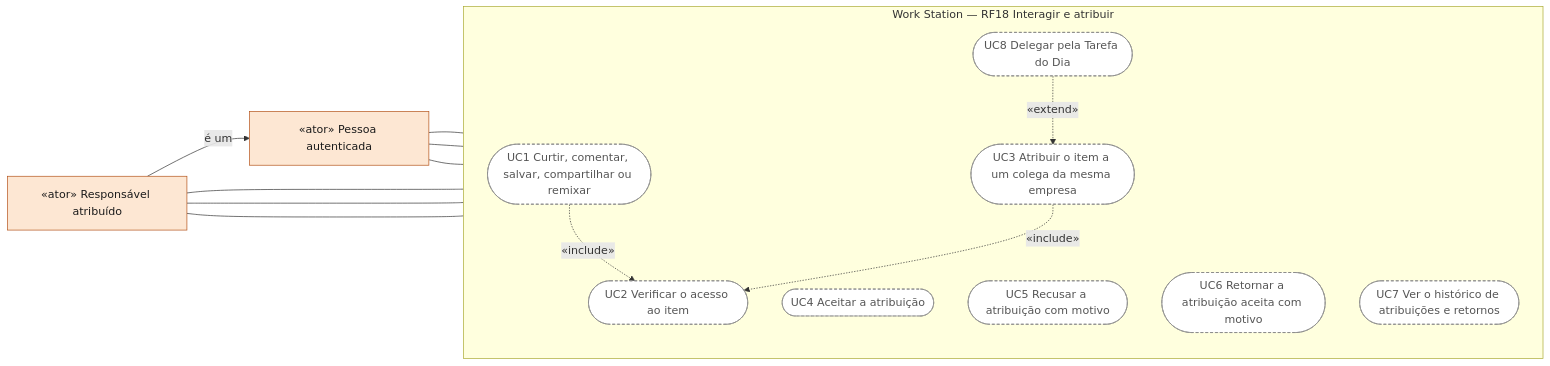
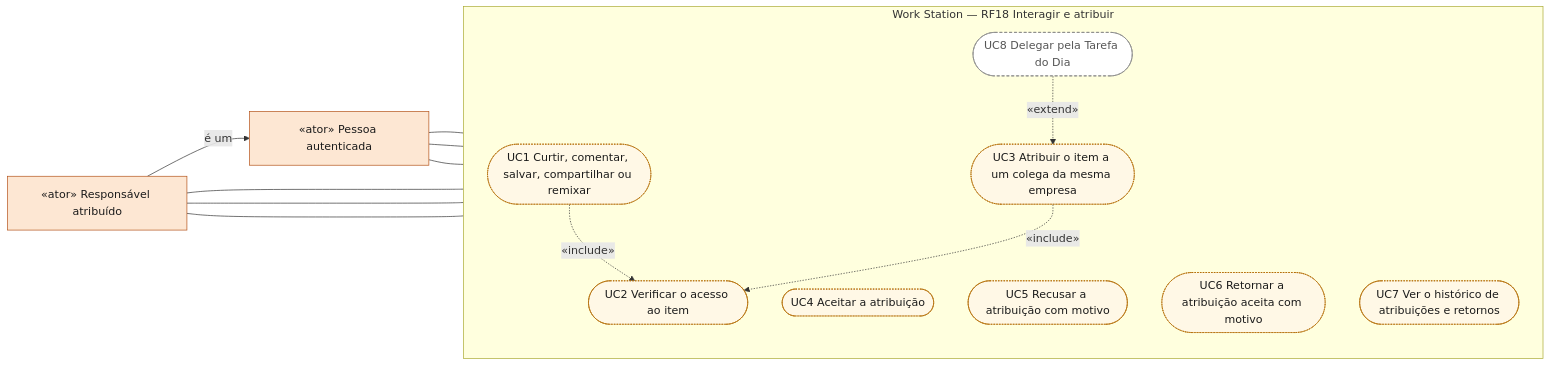
The first of 7 diagrams in docs/diagramas/RF18/README.md (MatheusHaliski/Decia-app-2026), drawn with Mermaid before and after one commit. The commit also changed 13 other files, not shown here.

First line of the commit message:
docs(diagramas): classe ucDemo para casos de uso que só funcionam com dados de demonstração

````diff
--- a/docs/diagramas/RF18/README.md
+++ b/docs/diagramas/RF18/README.md
@@ -24,30 +24,31 @@
 ```mermaid
 flowchart LR
   classDef ator fill:#fde7d3,stroke:#b4531a,color:#1b1b1b
   classDef atorSis fill:#f1ecf9,stroke:#6a4bb3,color:#1b1b1b
   classDef uc fill:#ffffff,stroke:#3557a6,color:#1b1b1b
   classDef ucPlan fill:#ffffff,stroke:#8a8a8a,stroke-dasharray:4 3,color:#555555
+  classDef ucDemo fill:#fff8e6,stroke:#b26a00,stroke-dasharray:2 2,color:#1b1b1b
   responsavel["«ator» Responsável atribuído"]:::ator
   autenticado["«ator» Pessoa autenticada"]:::ator
   subgraph SIS["Work Station — RF18 Interagir e atribuir"]
     direction TB
-    UC1(["UC1 Curtir, comentar, salvar, compartilhar ou remixar"]):::ucPlan
-    UC2(["UC2 Verificar o acesso ao item"]):::ucPlan
-    UC3(["UC3 Atribuir o item a um colega da mesma empresa"]):::ucPlan
-    UC4(["UC4 Aceitar a atribuição"]):::ucPlan
-    UC5(["UC5 Recusar a atribuição com motivo"]):::ucPlan
-    UC6(["UC6 Retornar a atribuição aceita com motivo"]):::ucPlan
-    UC7(["UC7 Ver o histórico de atribuições e retornos"]):::ucPlan
+    UC1(["UC1 Curtir, comentar, salvar, compartilhar ou remixar"]):::ucDemo
+    UC2(["UC2 Verificar o acesso ao item"]):::ucDemo
+    UC3(["UC3 Atribuir o item a um colega da mesma empresa"]):::ucDemo
+    UC4(["UC4 Aceitar a atribuição"]):::ucDemo
+    UC5(["UC5 Recusar a atribuição com motivo"]):::ucDemo
+    UC6(["UC6 Retornar a atribuição aceita com motivo"]):::ucDemo
+    UC7(["UC7 Ver o histórico de atribuições e retornos"]):::ucDemo
     UC8(["UC8 Delegar pela Tarefa do Dia"]):::ucPlan
   end
   responsavel -- "é um" --> autenticado
   autenticado --- UC1
   autenticado --- UC3
   responsavel --- UC4
   responsavel --- UC5
   responsavel --- UC6
   autenticado --- UC7
   UC1 -. "«include»" .-> UC2
   UC3 -. "«include»" .-> UC2
   UC8 -. "«extend»" .-> UC3
 ```
````
